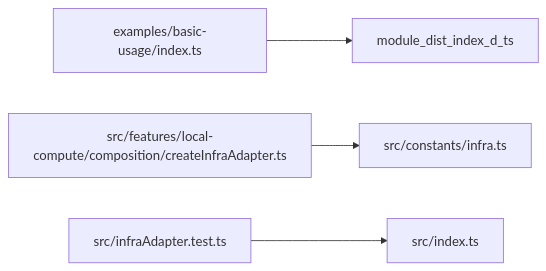
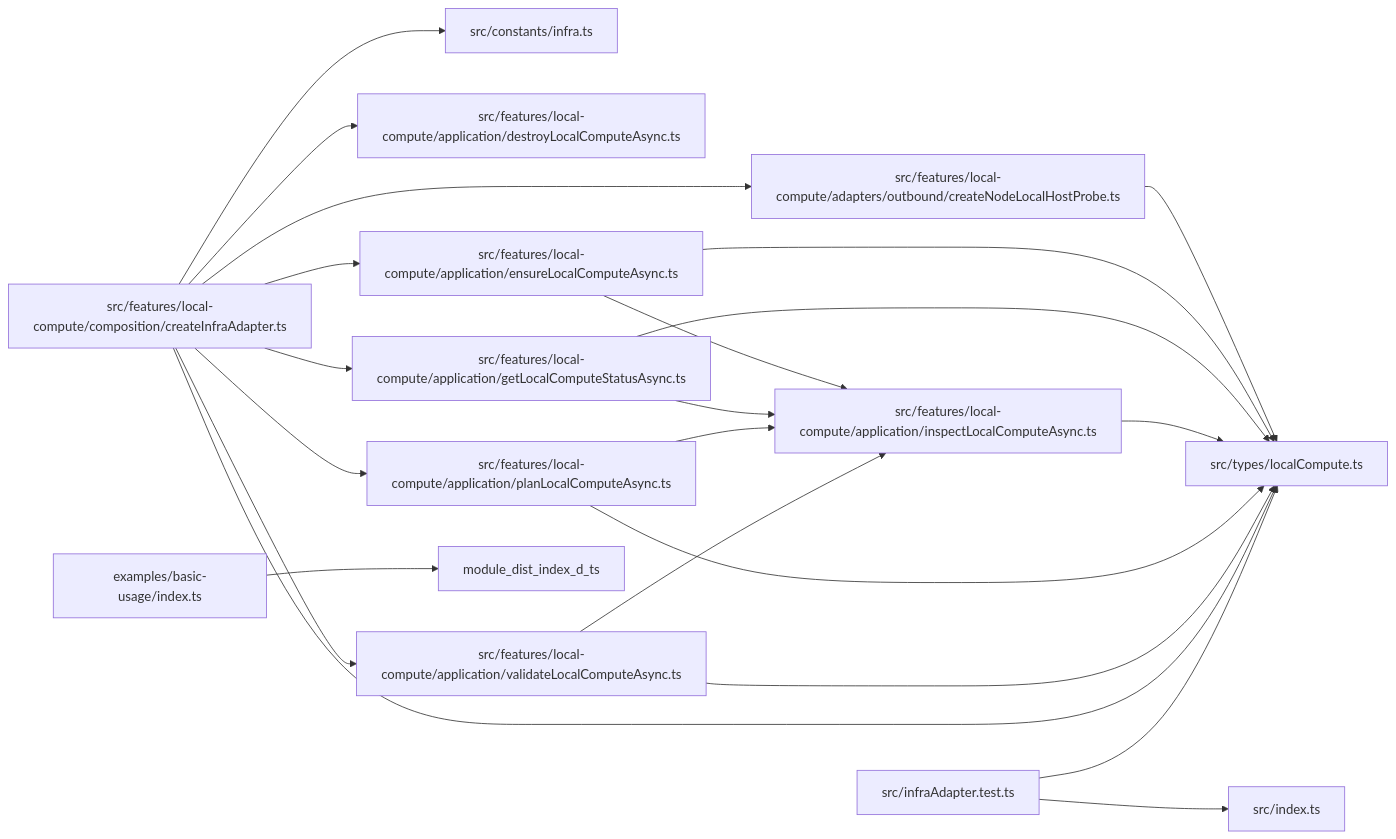
The diagram in paradox/diagrams/module-relationships.mmd (ankhorage/local), drawn with Mermaid before and after one commit. The commit also changed 23 other files, not shown here.

Commit message:
feat: implement local compute lifecycle (#2)

```diff
--- a/paradox/diagrams/module-relationships.mmd
+++ b/paradox/diagrams/module-relationships.mmd
@@ -1,9 +1,35 @@
 graph LR
   module_examples_basic_usage_index_ts["examples/basic-usage/index.ts"]
   module_src_constants_infra_ts["src/constants/infra.ts"]
+  module_src_features_local_compute_adapters_outbound_createNodeLocalHostProbe_ts["src/features/local-compute/adapters/outbound/createNodeLocalHostProbe.ts"]
+  module_src_features_local_compute_application_destroyLocalComputeAsync_ts["src/features/local-compute/application/destroyLocalComputeAsync.ts"]
+  module_src_features_local_compute_application_ensureLocalComputeAsync_ts["src/features/local-compute/application/ensureLocalComputeAsync.ts"]
+  module_src_features_local_compute_application_getLocalComputeStatusAsync_ts["src/features/local-compute/application/getLocalComputeStatusAsync.ts"]
+  module_src_features_local_compute_application_inspectLocalComputeAsync_ts["src/features/local-compute/application/inspectLocalComputeAsync.ts"]
+  module_src_features_local_compute_application_planLocalComputeAsync_ts["src/features/local-compute/application/planLocalComputeAsync.ts"]
+  module_src_features_local_compute_application_validateLocalComputeAsync_ts["src/features/local-compute/application/validateLocalComputeAsync.ts"]
   module_src_features_local_compute_composition_createInfraAdapter_ts["src/features/local-compute/composition/createInfraAdapter.ts"]
   module_src_index_ts["src/index.ts"]
   module_src_infraAdapter_test_ts["src/infraAdapter.test.ts"]
+  module_src_types_localCompute_ts["src/types/localCompute.ts"]
   module_examples_basic_usage_index_ts --> module_dist_index_d_ts
+  module_src_features_local_compute_adapters_outbound_createNodeLocalHostProbe_ts --> module_src_types_localCompute_ts
+  module_src_features_local_compute_application_ensureLocalComputeAsync_ts --> module_src_features_local_compute_application_inspectLocalComputeAsync_ts
+  module_src_features_local_compute_application_ensureLocalComputeAsync_ts --> module_src_types_localCompute_ts
+  module_src_features_local_compute_application_getLocalComputeStatusAsync_ts --> module_src_features_local_compute_application_inspectLocalComputeAsync_ts
+  module_src_features_local_compute_application_getLocalComputeStatusAsync_ts --> module_src_types_localCompute_ts
+  module_src_features_local_compute_application_inspectLocalComputeAsync_ts --> module_src_types_localCompute_ts
+  module_src_features_local_compute_application_planLocalComputeAsync_ts --> module_src_features_local_compute_application_inspectLocalComputeAsync_ts
+  module_src_features_local_compute_application_planLocalComputeAsync_ts --> module_src_types_localCompute_ts
+  module_src_features_local_compute_application_validateLocalComputeAsync_ts --> module_src_features_local_compute_application_inspectLocalComputeAsync_ts
+  module_src_features_local_compute_application_validateLocalComputeAsync_ts --> module_src_types_localCompute_ts
   module_src_features_local_compute_composition_createInfraAdapter_ts --> module_src_constants_infra_ts
+  module_src_features_local_compute_composition_createInfraAdapter_ts --> module_src_features_local_compute_adapters_outbound_createNodeLocalHostProbe_ts
+  module_src_features_local_compute_composition_createInfraAdapter_ts --> module_src_features_local_compute_application_destroyLocalComputeAsync_ts
+  module_src_features_local_compute_composition_createInfraAdapter_ts --> module_src_features_local_compute_application_ensureLocalComputeAsync_ts
+  module_src_features_local_compute_composition_createInfraAdapter_ts --> module_src_features_local_compute_application_getLocalComputeStatusAsync_ts
+  module_src_features_local_compute_composition_createInfraAdapter_ts --> module_src_features_local_compute_application_planLocalComputeAsync_ts
+  module_src_features_local_compute_composition_createInfraAdapter_ts --> module_src_features_local_compute_application_validateLocalComputeAsync_ts
+  module_src_features_local_compute_composition_createInfraAdapter_ts --> module_src_types_localCompute_ts
   module_src_infraAdapter_test_ts --> module_src_index_ts
+  module_src_infraAdapter_test_ts --> module_src_types_localCompute_ts
```
